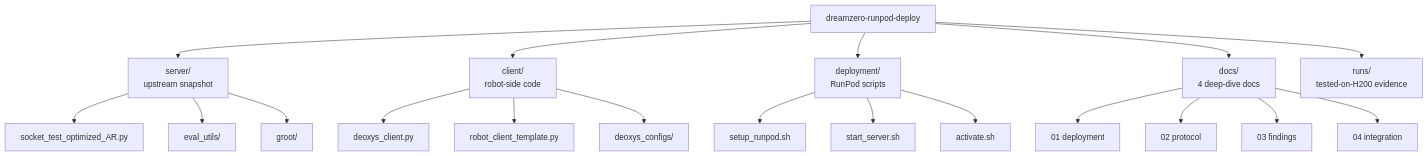
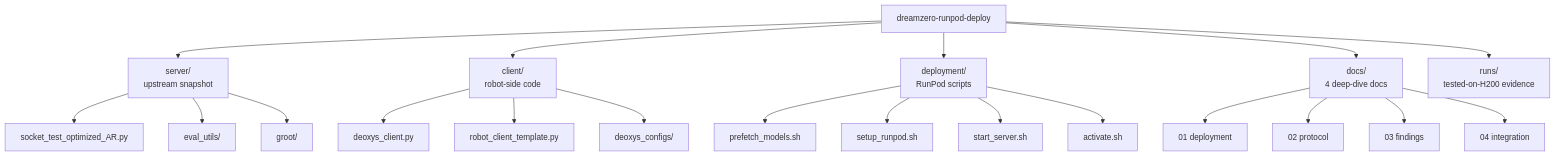
Before and after one commit to ruixucs/dreamzero-runpod-deploy: the diagram in README.md, drawn with Mermaid. The commit also changed other lines of this file and 9 other files, not shown here.

````diff
--- a/README.md
+++ b/README.md
@@ -76,25 +83,26 @@
 ```mermaid
 graph TB
     Repo[dreamzero-runpod-deploy] --> Server[server/<br>upstream snapshot]
     Repo --> Client[client/<br>robot-side code]
     Repo --> Deploy[deployment/<br>RunPod scripts]
     Repo --> Docs[docs/<br>4 deep-dive docs]
     Repo --> Runs[runs/<br>tested-on-H200 evidence]
 
     Server --> SocketSrv[socket_test_optimized_AR.py]
     Server --> Eval[eval_utils/]
     Server --> Groot[groot/]
 
     Client --> DeoxysC[deoxys_client.py]
     Client --> Template[robot_client_template.py]
     Client --> CtrlYml[deoxys_configs/]
 
+    Deploy --> Prefetch[prefetch_models.sh]
     Deploy --> Setup[setup_runpod.sh]
     Deploy --> StartSh[start_server.sh]
     Deploy --> Activate[activate.sh]
 
     Docs --> Doc1[01 deployment]
     Docs --> Doc2[02 protocol]
     Docs --> Doc3[03 findings]
     Docs --> Doc4[04 integration]
 ```
````
